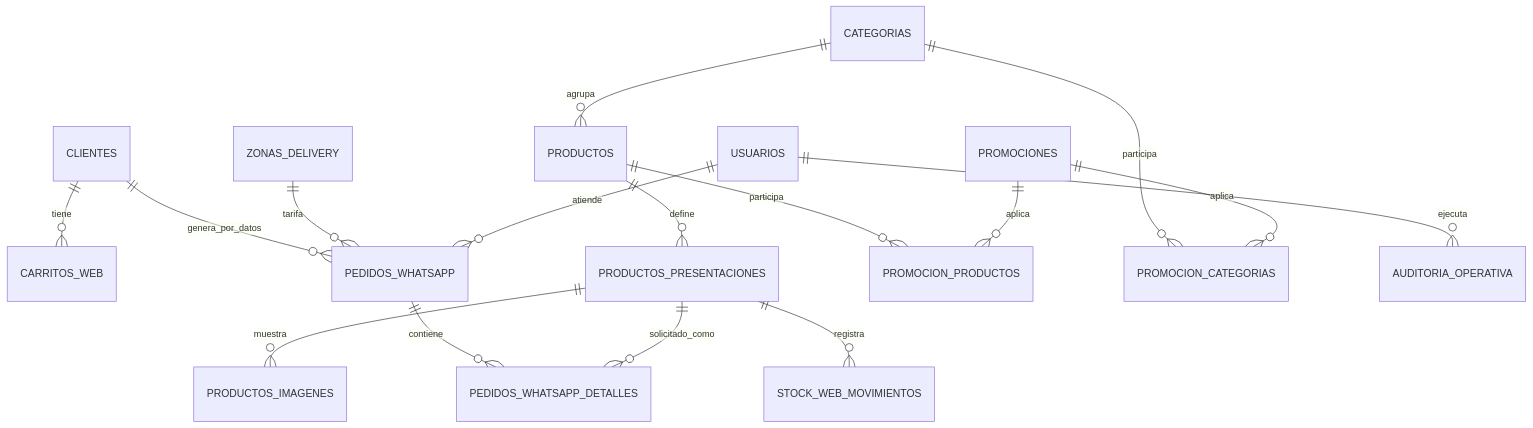
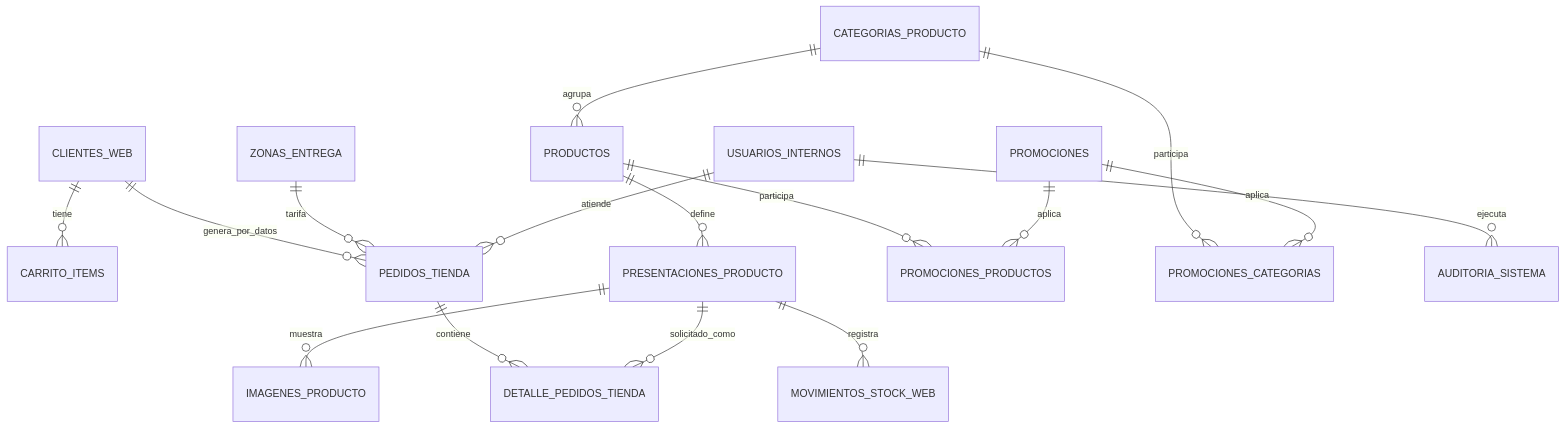
The third of 4 diagrams in outputs/architecture_docs/ARQUITECTURA_Y_DIAGRAMAS.md (georgeelimelec-byte/tienda_km2), drawn with Mermaid before and after one commit. The commit also changed other lines of this file and 67 other files, not shown here.

````diff
--- a/outputs/architecture_docs/ARQUITECTURA_Y_DIAGRAMAS.md
+++ b/outputs/architecture_docs/ARQUITECTURA_Y_DIAGRAMAS.md
@@ -48,18 +48,18 @@
 ```mermaid
 erDiagram
-    CLIENTES ||--o{ CARRITOS_WEB : tiene
-    CLIENTES ||--o{ PEDIDOS_WHATSAPP : genera_por_datos
-    PEDIDOS_WHATSAPP ||--o{ PEDIDOS_WHATSAPP_DETALLES : contiene
-    PRODUCTOS ||--o{ PRODUCTOS_PRESENTACIONES : define
-    PRODUCTOS_PRESENTACIONES ||--o{ PRODUCTOS_IMAGENES : muestra
-    PRODUCTOS_PRESENTACIONES ||--o{ PEDIDOS_WHATSAPP_DETALLES : solicitado_como
-    PRODUCTOS_PRESENTACIONES ||--o{ STOCK_WEB_MOVIMIENTOS : registra
-    PRODUCTOS ||--o{ PROMOCION_PRODUCTOS : participa
-    CATEGORIAS ||--o{ PROMOCION_CATEGORIAS : participa
-    PROMOCIONES ||--o{ PROMOCION_PRODUCTOS : aplica
-    PROMOCIONES ||--o{ PROMOCION_CATEGORIAS : aplica
-    CATEGORIAS ||--o{ PRODUCTOS : agrupa
-    ZONAS_DELIVERY ||--o{ PEDIDOS_WHATSAPP : tarifa
-    USUARIOS ||--o{ PEDIDOS_WHATSAPP : atiende
-    USUARIOS ||--o{ AUDITORIA_OPERATIVA : ejecuta
+    CLIENTES_WEB ||--o{ CARRITO_ITEMS : tiene
+    CLIENTES_WEB ||--o{ PEDIDOS_TIENDA : genera_por_datos
+    PEDIDOS_TIENDA ||--o{ DETALLE_PEDIDOS_TIENDA : contiene
+    PRODUCTOS ||--o{ PRESENTACIONES_PRODUCTO : define
+    PRESENTACIONES_PRODUCTO ||--o{ IMAGENES_PRODUCTO : muestra
+    PRESENTACIONES_PRODUCTO ||--o{ DETALLE_PEDIDOS_TIENDA : solicitado_como
+    PRESENTACIONES_PRODUCTO ||--o{ MOVIMIENTOS_STOCK_WEB : registra
+    PRODUCTOS ||--o{ PROMOCIONES_PRODUCTOS : participa
+    CATEGORIAS_PRODUCTO ||--o{ PROMOCIONES_CATEGORIAS : participa
+    PROMOCIONES ||--o{ PROMOCIONES_PRODUCTOS : aplica
+    PROMOCIONES ||--o{ PROMOCIONES_CATEGORIAS : aplica
+    CATEGORIAS_PRODUCTO ||--o{ PRODUCTOS : agrupa
+    ZONAS_ENTREGA ||--o{ PEDIDOS_TIENDA : tarifa
+    USUARIOS_INTERNOS ||--o{ PEDIDOS_TIENDA : atiende
+    USUARIOS_INTERNOS ||--o{ AUDITORIA_SISTEMA : ejecuta
 ```
````
